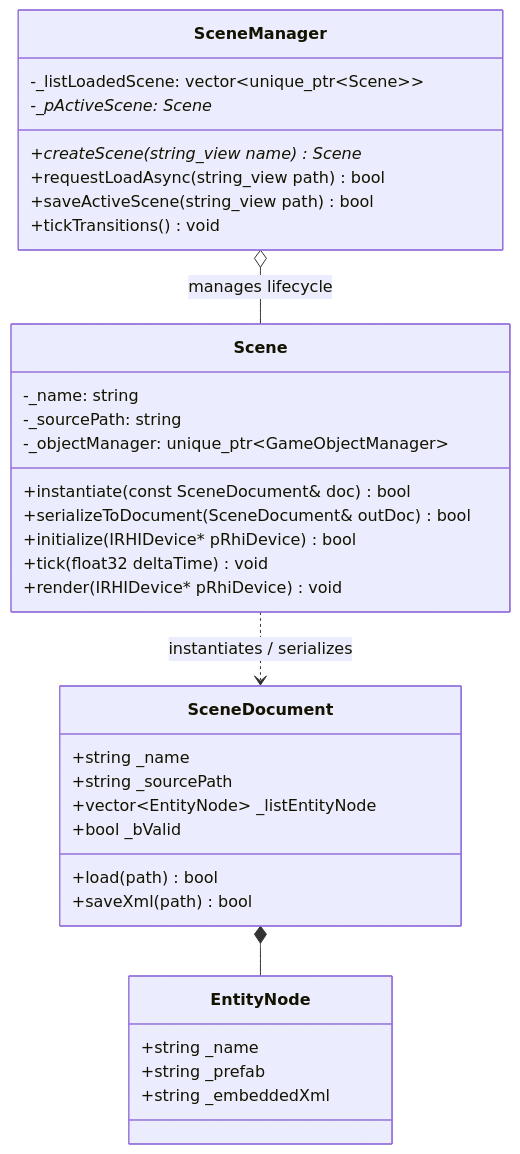
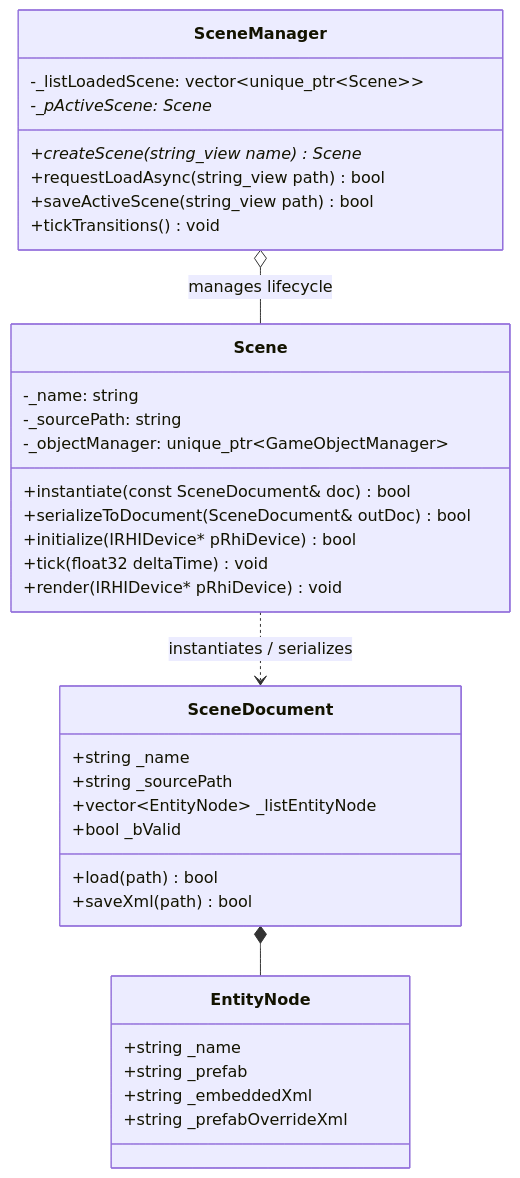
One commit to sswgame/LearningTemplate changed the diagram in Source/Engine/Scene/README.md. Above: the diagram before and after it, drawn with Mermaid. The commit also changed other lines of this file and 11 other files, not shown here.

````diff
--- a/Source/Engine/Scene/README.md
+++ b/Source/Engine/Scene/README.md
@@ -11,41 +11,42 @@
 ```mermaid
 classDiagram
     class SceneDocument {
         +string _name
         +string _sourcePath
         +vector~EntityNode~ _listEntityNode
         +bool _bValid
         +load(path) bool
         +saveXml(path) bool
     }
 
     class EntityNode {
         +string _name
         +string _prefab
         +string _embeddedXml
+        +string _prefabOverrideXml
     }
 
     class Scene {
         -_name: string
         -_sourcePath: string
         -_objectManager: unique_ptr~GameObjectManager~
         +instantiate(const SceneDocument& doc) bool
         +serializeToDocument(SceneDocument& outDoc) bool
         +initialize(IRHIDevice* pRhiDevice) bool
         +tick(float32 deltaTime) void
         +render(IRHIDevice* pRhiDevice) void
     }
 
     class SceneManager {
         -_listLoadedScene: vector~unique_ptr~Scene~~
         -_pActiveScene: Scene*
         +createScene(string_view name) Scene*
         +requestLoadAsync(string_view path) bool
         +saveActiveScene(string_view path) bool
         +tickTransitions() void
     }
 
     SceneDocument *-- EntityNode
     Scene ..> SceneDocument : instantiates / serializes
     SceneManager o-- Scene : manages lifecycle
 ```
````
